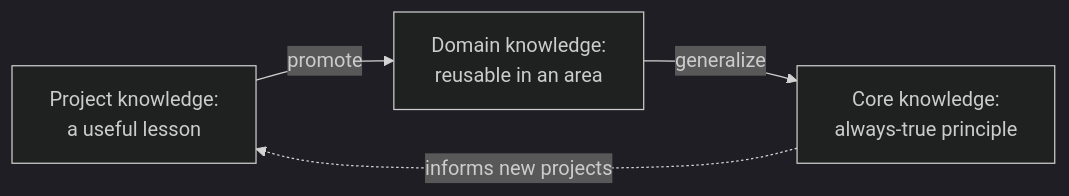
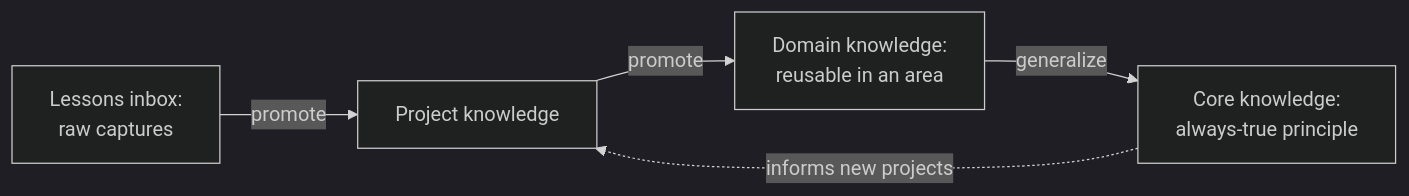
The second of 2 diagrams in docs/KNOWLEDGE_MODEL.md (omar-hesham/omar_os), drawn with Mermaid (dark theme) before and after one commit. The commit also changed other lines of this file and 16 other files, not shown here.

````diff
--- a/docs/KNOWLEDGE_MODEL.md
+++ b/docs/KNOWLEDGE_MODEL.md
@@ -74,6 +80,7 @@
 ```mermaid
 flowchart LR
-    P[Project knowledge:<br/>a useful lesson] -->|promote| D[Domain knowledge:<br/>reusable in an area]
+    L[Lessons inbox:<br/>raw captures] -->|promote| P[Project knowledge]
+    P -->|promote| D[Domain knowledge:<br/>reusable in an area]
     D -->|generalize| C[Core knowledge:<br/>always-true principle]
     C -. informs new projects .-> P
 ```
````
